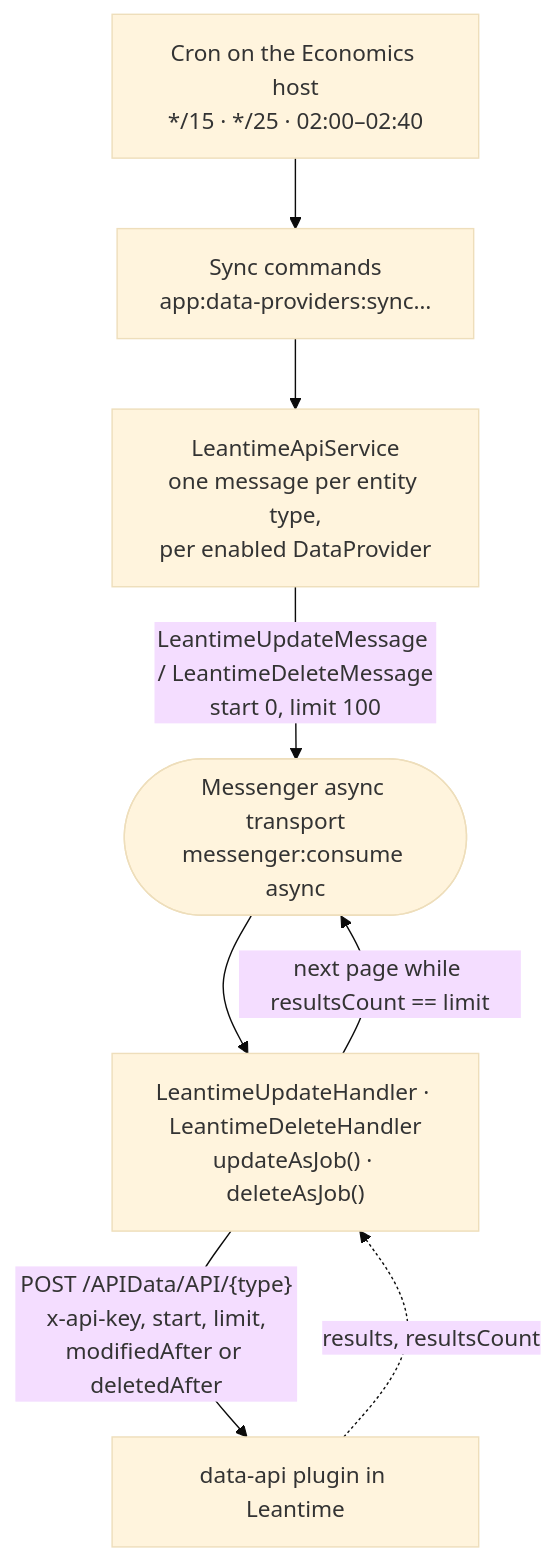
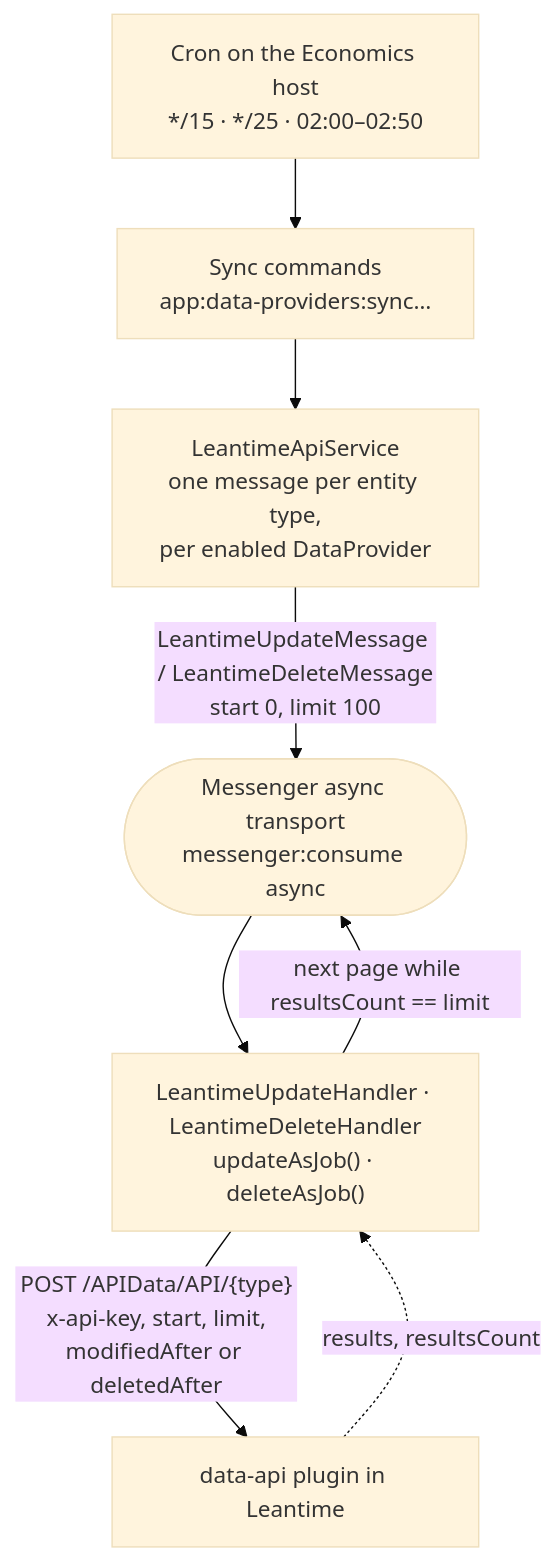
Before and after one commit to itk-dev/economics: the first of 4 diagrams in docs/leantime-sync.md, drawn with Mermaid (base theme). The commit also changed other lines of this file and 1 other file, not shown here.

````diff
--- a/docs/leantime-sync.md
+++ b/docs/leantime-sync.md
@@ -18,16 +18,16 @@
 ```mermaid
 flowchart TB
-    CRON["Cron on the Economics host<br>*/15 · */25 · 02:00–02:40"]
+    CRON["Cron on the Economics host<br>*/15 · */25 · 02:00–02:50"]
     CMD["Sync commands<br>app:data-providers:sync…"]
     SVC["LeantimeApiService<br>one message per entity type,<br>per enabled DataProvider"]
     Q(["Messenger async transport<br>messenger:consume async"])
     H["LeantimeUpdateHandler · LeantimeDeleteHandler<br>updateAsJob() · deleteAsJob()"]
     API["data-api plugin in Leantime"]
 
     CRON --> CMD --> SVC
     SVC -- "LeantimeUpdateMessage / LeantimeDeleteMessage<br>start 0, limit 100" --> Q
     Q --> H
     H -- "POST /APIData/API/{type}<br>x-api-key, start, limit,<br>modifiedAfter or deletedAfter" --> API
     API -. "results, resultsCount" .-> H
     H -- "next page while resultsCount == limit" --> Q
 ```
````
